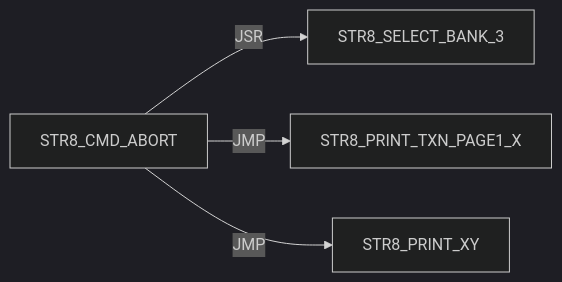
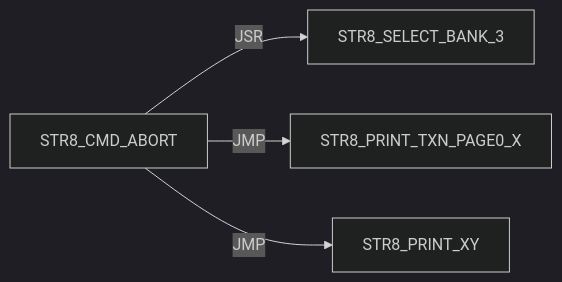
One commit to 95westus/R-YORS changed diagram 34 of 43 in DOC/GUIDES/STR8/STR8_EDGE_DUMP.md. Above: the diagram before and after it, drawn with Mermaid (dark theme). The commit also changed other lines of this file and 24 other files, not shown here.

````diff
--- a/DOC/GUIDES/STR8/STR8_EDGE_DUMP.md
+++ b/DOC/GUIDES/STR8/STR8_EDGE_DUMP.md
@@ -470,6 +470,6 @@
 ```mermaid
 flowchart LR
     N0["STR8_CMD_ABORT"] -->|JSR| N1["STR8_SELECT_BANK_3"]
-    N0["STR8_CMD_ABORT"] -->|JMP| N2["STR8_PRINT_TXN_PAGE1_X"]
+    N0["STR8_CMD_ABORT"] -->|JMP| N2["STR8_PRINT_TXN_PAGE0_X"]
     N0["STR8_CMD_ABORT"] -->|JMP| N3["STR8_PRINT_XY"]
 ```
````
